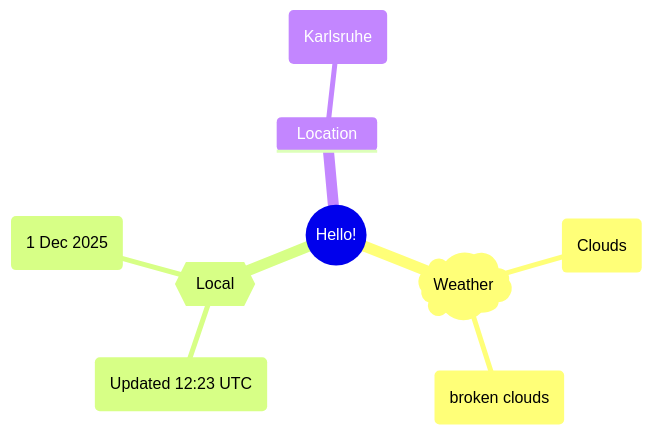
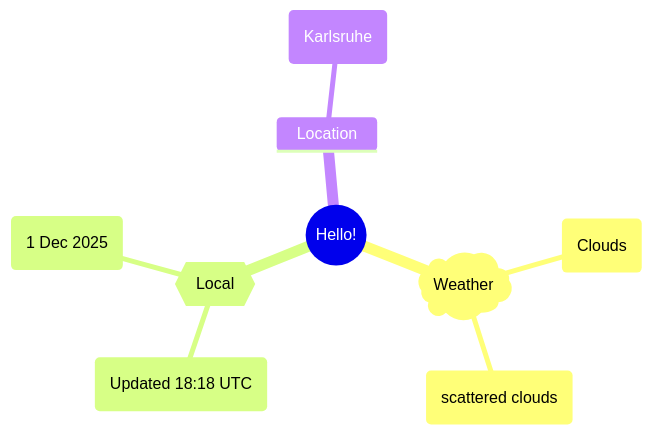
One commit to Xosrov/Xosrov changed the first of 2 diagrams in README.md. Above: the diagram before and after it, drawn with Mermaid.

Commit message:
[bot] updated images

````diff
--- a/README.md
+++ b/README.md
@@ -3,12 +3,12 @@
 ```mermaid
 mindmap
   root((Hello!))
     )Weather(
         (Clouds)
-        (broken clouds)
+        (scattered clouds)
     {{Local}}
-        (Updated 12:23 UTC)
+        (Updated 18:18 UTC)
         (1 Dec 2025)
     Location
         (Karlsruhe)
 ```
````
